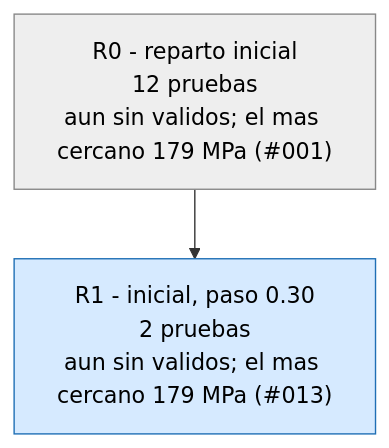
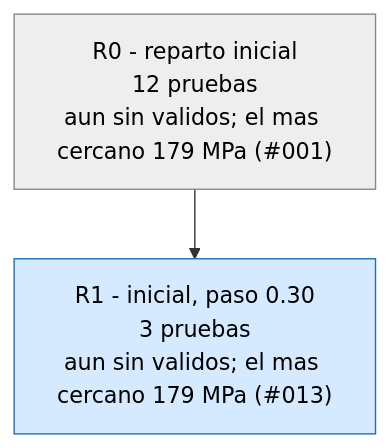
One commit to Hugiko/msd-soporte-optimizacion changed the second of 3 diagrams in runs/opt_37800N/ARBOL.md. Above: the diagram before and after it, drawn with Mermaid. The commit also changed 22 other files, not shown here.

````diff
--- a/runs/opt_37800N/ARBOL.md
+++ b/runs/opt_37800N/ARBOL.md
@@ -21,9 +21,9 @@
 ```mermaid
 graph TD
 classDef activa fill:#d6eaff,stroke:#1f6fb5,color:#000
 classDef fin fill:#eeeeee,stroke:#888,color:#000
 classDef mejor fill:#c8f0c0,stroke:#1a9850,stroke-width:4px,color:#000
 R0["R0 - reparto inicial<br/>12 pruebas<br/>aun sin validos; el mas cercano 179 MPa (#001)"]:::fin
-R1["R1 - inicial, paso 0.30<br/>2 pruebas<br/>aun sin validos; el mas cercano 179 MPa (#013)"]:::activa
+R1["R1 - inicial, paso 0.30<br/>3 pruebas<br/>aun sin validos; el mas cercano 179 MPa (#013)"]:::activa
 R0 --> R1
 ```
````
